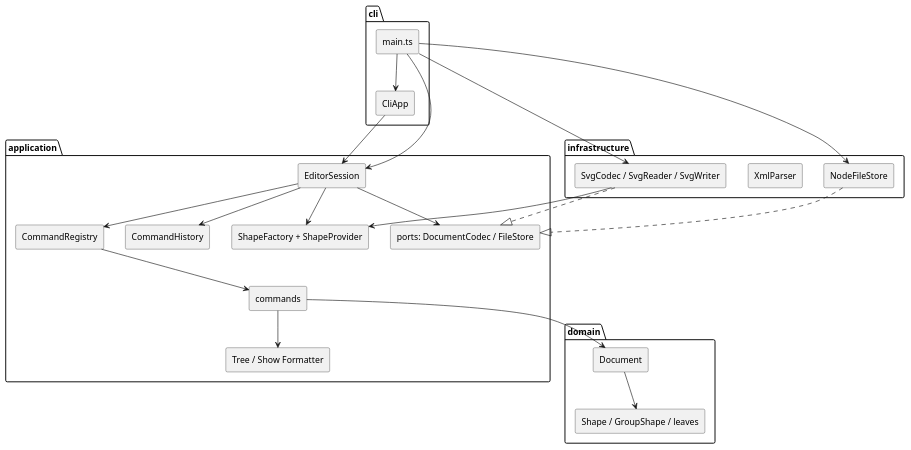
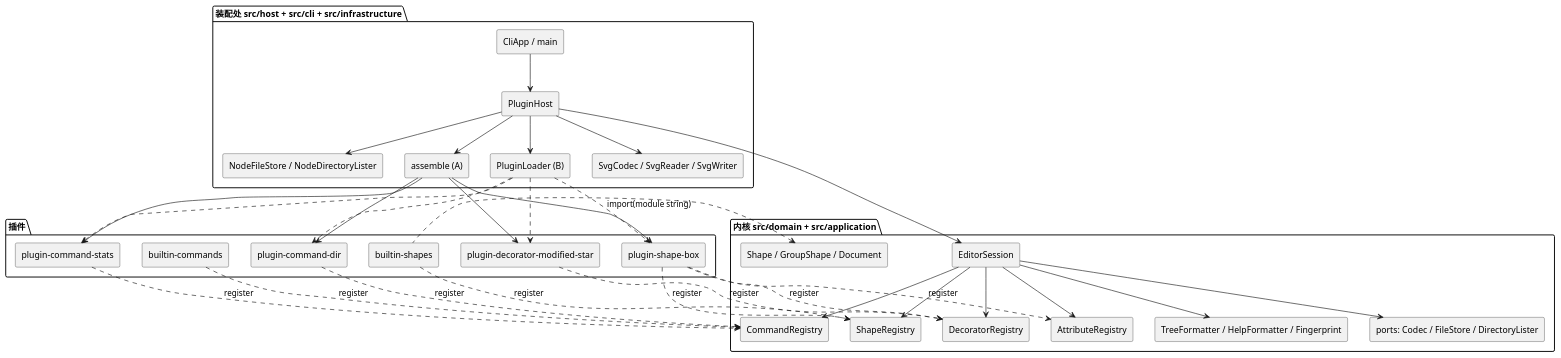
One commit to Truhide/SVG-CLI changed the diagram in doc/README.md. Above: the diagram before and after it, drawn with PlantUML. The commit also changed other lines of this file and 9 other files, not shown here.

````diff
--- a/doc/README.md
+++ b/doc/README.md
@@ -64,43 +84,60 @@
 ```plantuml
 @startuml
 skinparam componentStyle rectangle
-package "cli" {
-  [main.ts] as main
-  [CliApp] as app
+package "内核 src/domain + src/application" {
+  [Shape / GroupShape / Document] as model
+  [EditorSession] as session
+  [ShapeRegistry] as shapes
+  [CommandRegistry] as commands
+  [DecoratorRegistry] as decorators
+  [AttributeRegistry] as attributes
+  [TreeFormatter / HelpFormatter / Fingerprint] as format
+  [ports: Codec / FileStore / DirectoryLister] as ports
 }
-package "application" {
-  [EditorSession] as session
-  [CommandRegistry] as registry
-  [commands] as commands
-  [CommandHistory] as history
-  [ShapeFactory + ShapeProvider] as shapes
-  [Tree / Show Formatter] as format
-  [ports: DocumentCodec / FileStore] as ports
+package "装配处 src/host + src/cli + src/infrastructure" {
+  [PluginHost] as host
+  [assemble (A)] as assemble
+  [PluginLoader (B)] as loader
+  [SvgCodec / SvgReader / SvgWriter] as codec
+  [NodeFileStore / NodeDirectoryLister] as fs
+  [CliApp / main] as cli
 }
-package "domain" {
-  [Shape / GroupShape / leaves] as shape
-  [Document] as document
+package "插件" {
+  [builtin-shapes] as bs
+  [builtin-commands] as bc
+  [plugin-shape-box] as box
+  [plugin-command-stats] as stats
+  [plugin-command-dir] as dir
+  [plugin-decorator-modified-star] as star
 }
-package "infrastructure" {
-  [SvgCodec / SvgReader / SvgWriter] as codec
-  [XmlParser] as xml
-  [NodeFileStore] as fs
-}
-main --> app
-main --> session
-main --> codec
-main --> fs
-app --> session
-session --> registry
-session --> history
+cli --> host
+host --> session
+host --> codec
+host --> fs
+host --> assemble
+host --> loader
+assemble --> box
+assemble --> stats
+assemble --> dir
+assemble --> star
+loader ..> box : import(module string)
+loader ..> stats
+loader ..> dir
+loader ..> star
 session --> shapes
+session --> commands
+session --> decorators
+session --> attributes
+session --> format
 session --> ports
-registry --> commands
-commands --> document
-commands --> format
-document --> shape
-codec ..|> ports
-fs ..|> ports
-codec --> shapes
+model <.. bs
+bs ..> shapes : register
+bc ..> commands : register
+box ..> shapes : register
+box ..> attributes : register
+box ..> decorators : register
+stats ..> commands : register
+dir ..> commands : register
+star ..> decorators : register
 @enduml
 ```
````
